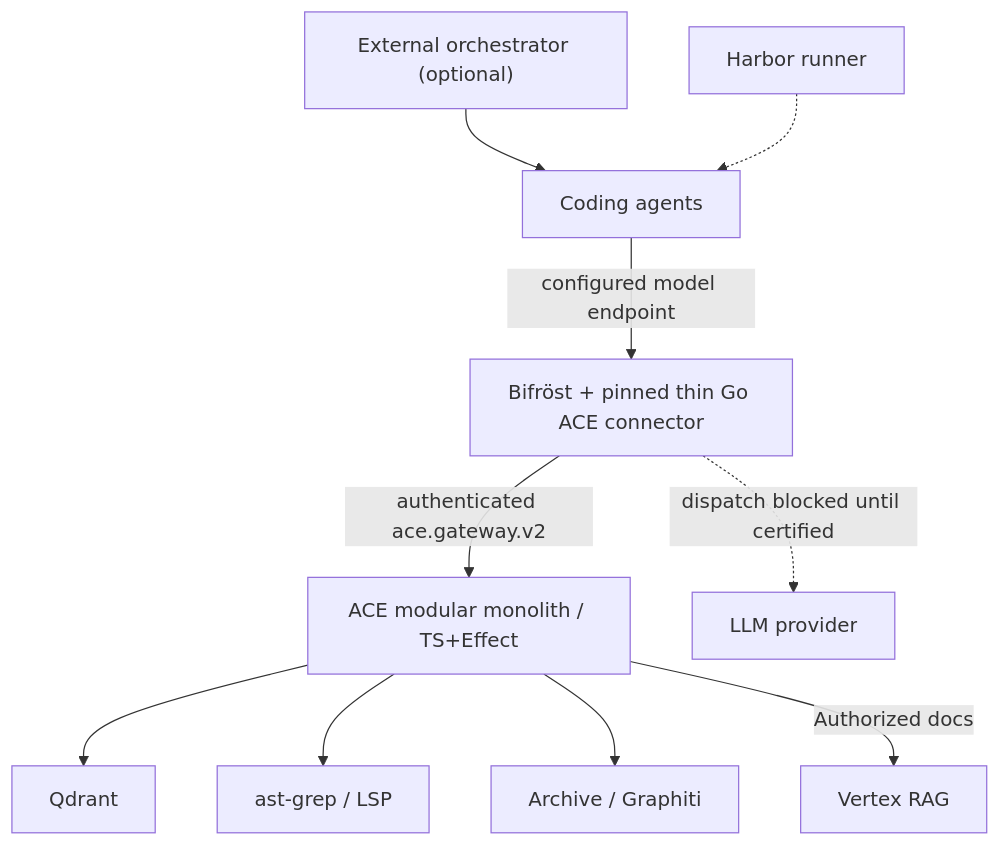
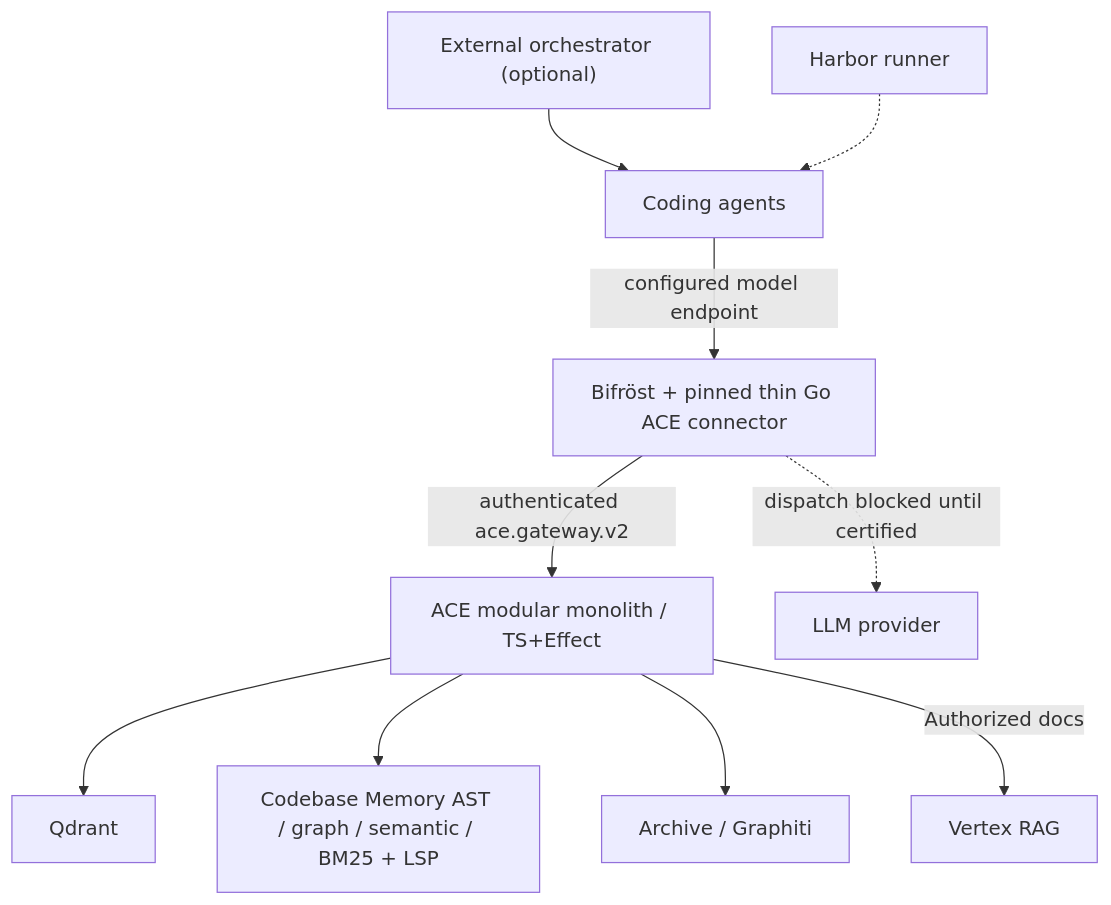
The diagram in docs/docs/architecture/05-contracts-and-deployment.md (chris-madsen/Hybrid-RAG), drawn with Mermaid before and after one commit. The commit also changed other lines of this file and 2 other files, not shown here.

Commit message:
docs: annotate historical dual-RAG and retrieval architecture after CBM migration

````diff
--- a/docs/docs/architecture/05-contracts-and-deployment.md
+++ b/docs/docs/architecture/05-contracts-and-deployment.md
@@ -117,12 +117,12 @@
 ```mermaid
 flowchart TB
   LG["External orchestrator (optional)"] --> AG["Coding agents"]
   AG -->|"configured model endpoint"| BF["Bifröst + pinned thin Go ACE connector"]
   BF -->|"authenticated ace.gateway.v2"| ACE["ACE modular monolith / TS+Effect"]
   BF -.->|"dispatch blocked until certified"| LLM["LLM provider"]
   ACE --> Q["Qdrant"]
-  ACE --> T["ast-grep / LSP"]
+  ACE --> T["Codebase Memory AST / graph / semantic / BM25 + LSP"]
   ACE --> G["Archive / Graphiti"]
   ACE -->|"Authorized docs"| V["Vertex RAG"]
   H["Harbor runner"] -.-> AG
 ```
````
